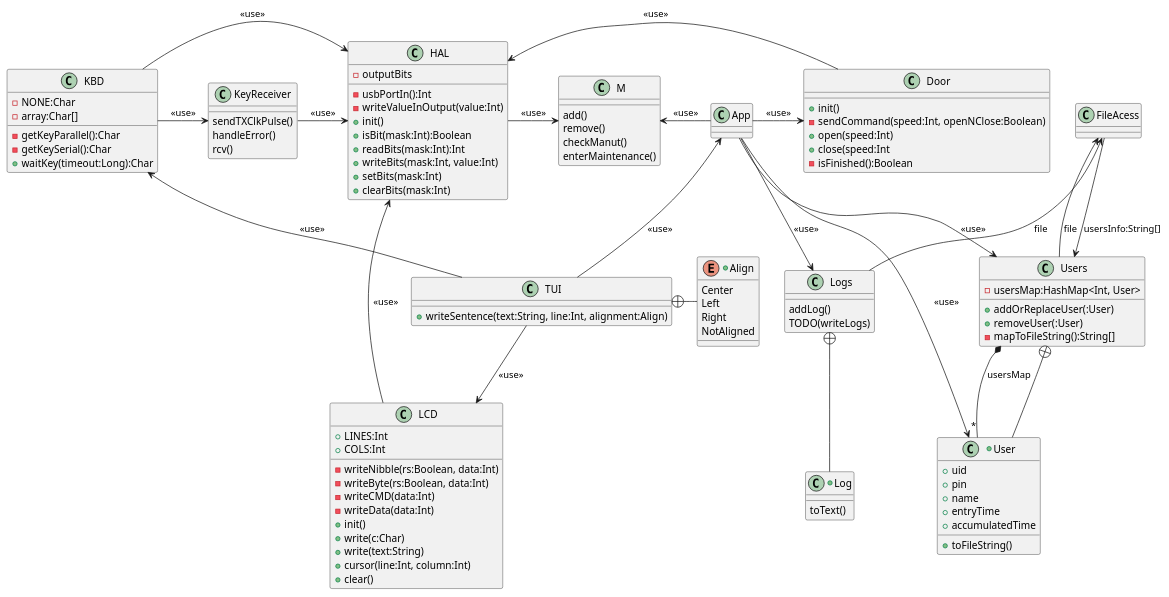
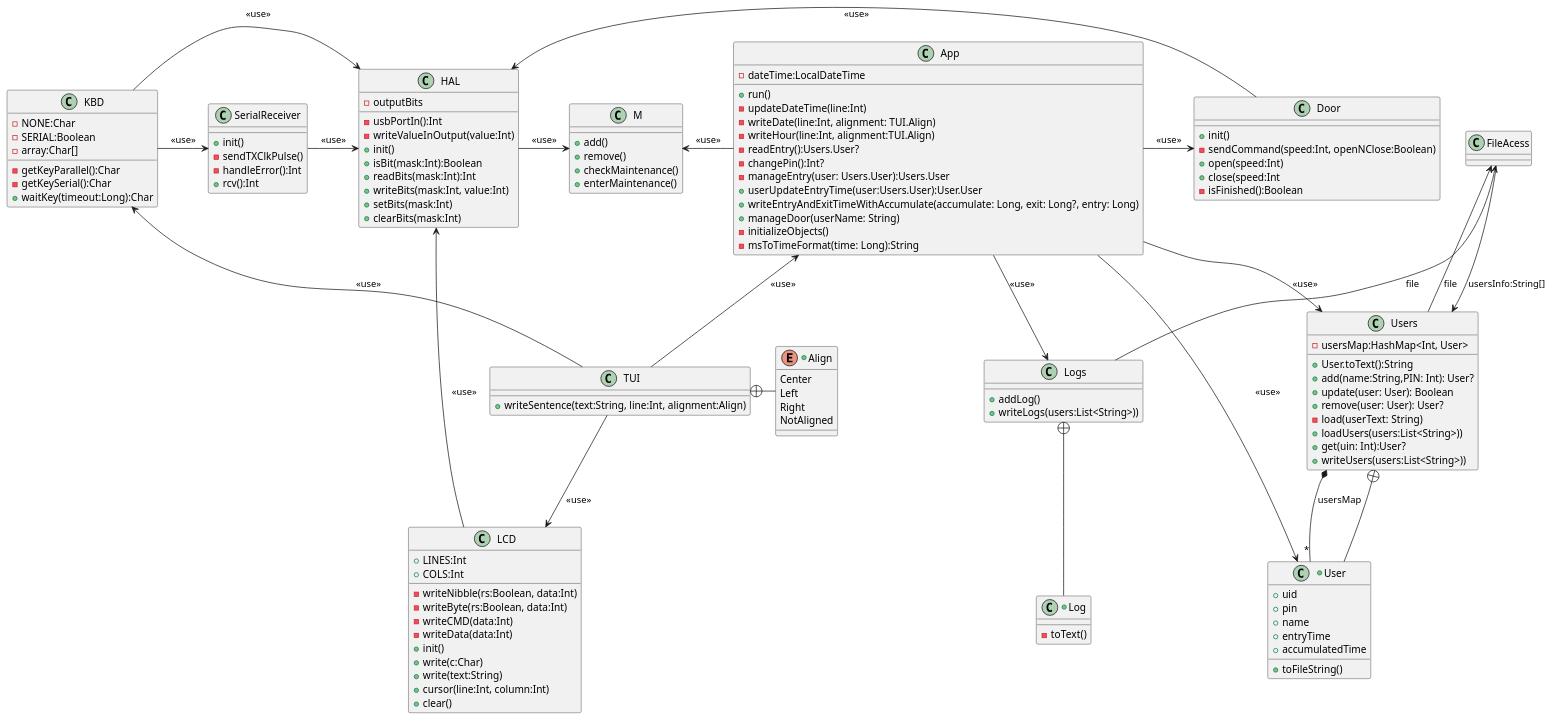
The diagram in src/main/kotlin/UML/Project.puml (Vaasco/TimeRecorder), drawn with PlantUML before and after one commit. The commit also changed 6 other files, not shown here.

Commit message:
Project.puml Users: writeUsers Logs: writeLogs

```diff
--- a/src/main/kotlin/UML/Project.puml
+++ b/src/main/kotlin/UML/Project.puml
@@ -1,118 +1,140 @@
 @startuml
 
 +enum Align{
     Center
     Left
     Right
     NotAligned
 }
 
 class App{
+    -dateTime:LocalDateTime
+    +run()
+    -updateDateTime(line:Int)
+    -writeDate(line:Int, alignment: TUI.Align)
+    -writeHour(line:Int, alignment:TUI.Align)
+    -readEntry():Users.User?
+    -changePin():Int?
+    -manageEntry(user: Users.User):Users.User
+    +userUpdateEntryTime(user:Users.User):User.User
+    +writeEntryAndExitTimeWithAccumulate(accumulate: Long, exit: Long?, entry: Long)
+    +manageDoor(userName: String)
+    -initializeObjects()
+    -msToTimeFormat(time: Long):String
 }
 
 class TUI{
     +writeSentence(text:String, line:Int, alignment:Align)
 
 }
 
 class LCD{
     +LINES:Int
     +COLS:Int
     -writeNibble(rs:Boolean, data:Int)
     -writeByte(rs:Boolean, data:Int)
     -writeCMD(data:Int)
     -writeData(data:Int)
     +init()
     +write(c:Char)
     +write(text:String)
     +cursor(line:Int, column:Int)
     +clear()
 }
 
 class KBD{
     -NONE:Char
+    -SERIAL:Boolean
     -array:Char[]
     -getKeyParallel():Char
     -getKeySerial():Char
     +waitKey(timeout:Long):Char
 }
 
 class HAL{
     -outputBits
     -usbPortIn():Int
     -writeValueInOutput(value:Int)
     +init()
     +isBit(mask:Int):Boolean
     +readBits(mask:Int):Int
     +writeBits(mask:Int, value:Int)
     +setBits(mask:Int)
     +clearBits(mask:Int)
 }
 
 class Door{
     +init()
     -sendCommand(speed:Int, openNClose:Boolean)
     +open(speed:Int)
     +close(speed:Int
     -isFinished():Boolean
 }
 
 +class Log{
-    toText()
+    -toText()
 }
 
 class Logs{
-    addLog()
-    TODO(writeLogs)
+    +addLog()
+    +writeLogs(users:List<String>))
 }
 class Users{
     -usersMap:HashMap<Int, User>
-    +addOrReplaceUser(:User)
-    +removeUser(:User)
-    -mapToFileString():String[]
+    +User.toText():String
+    +add(name:String,PIN: Int): User?
+    +update(user: User): Boolean
+    +remove(user: User): User?
+    -load(userText: String)
+    +loadUsers(users:List<String>))
+    +get(uin: Int):User?
+    +writeUsers(users:List<String>))
+
 }
 
 +class User{
     +uid
     +pin
     +name
     +entryTime
     +accumulatedTime
     +toFileString()
 }
 
 class M{
-    add()
-    remove()
-    checkManut()
-    enterMaintenance()
+    +add()
+    +remove()
+    +checkMaintenance()
+    +enterMaintenance()
 }
 
-class KeyReceiver{
-    sendTXClkPulse()
-    handleError()
-    rcv()
+class SerialReceiver{
+    +init()
+    -sendTXClkPulse()
+    -handleError():Int
+    +rcv():Int
 }
 
 KBD -> HAL:<<use>>
 LCD --> HAL:<<use>>
 TUI +- Align
 FileAcess <-- Users:file
 FileAcess --> Users:usersInfo:String[]
 FileAcess <-- Logs:file
 Users *-- User:usersMap "*"
 Users +-- User:"       "
 App <-- TUI:<<use>>
 App --> Users:<<use>>
 App --> User:"<<use>>"
 App --> Logs:<<use>>
 App -> Door:<<use>>
-KBD -> KeyReceiver:<<use>>
-KeyReceiver -> HAL:<<use>>
+KBD -> SerialReceiver:<<use>>
+SerialReceiver -> HAL:<<use>>
 TUI --> LCD:<<use>>
 TUI -> KBD:<<use>>
 HAL <- Door:<<use>>
 Logs +-- Log
 M <- App:<<use>>
 HAL -> M:<<use>>
+
 @enduml
```
